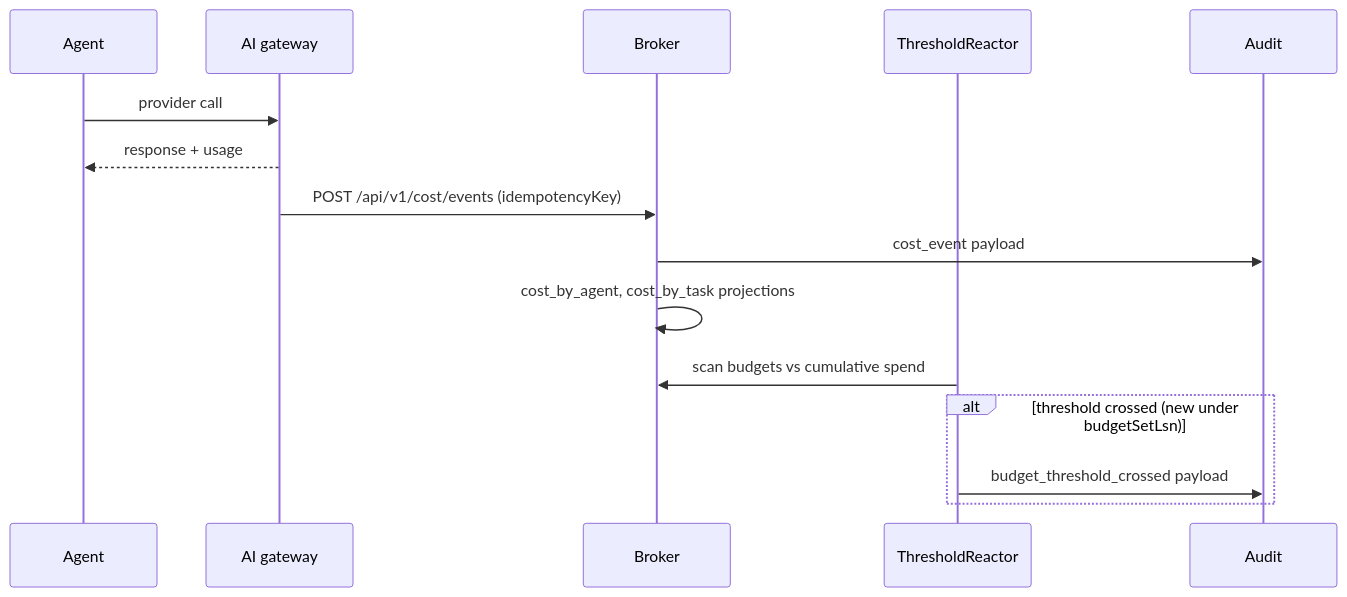
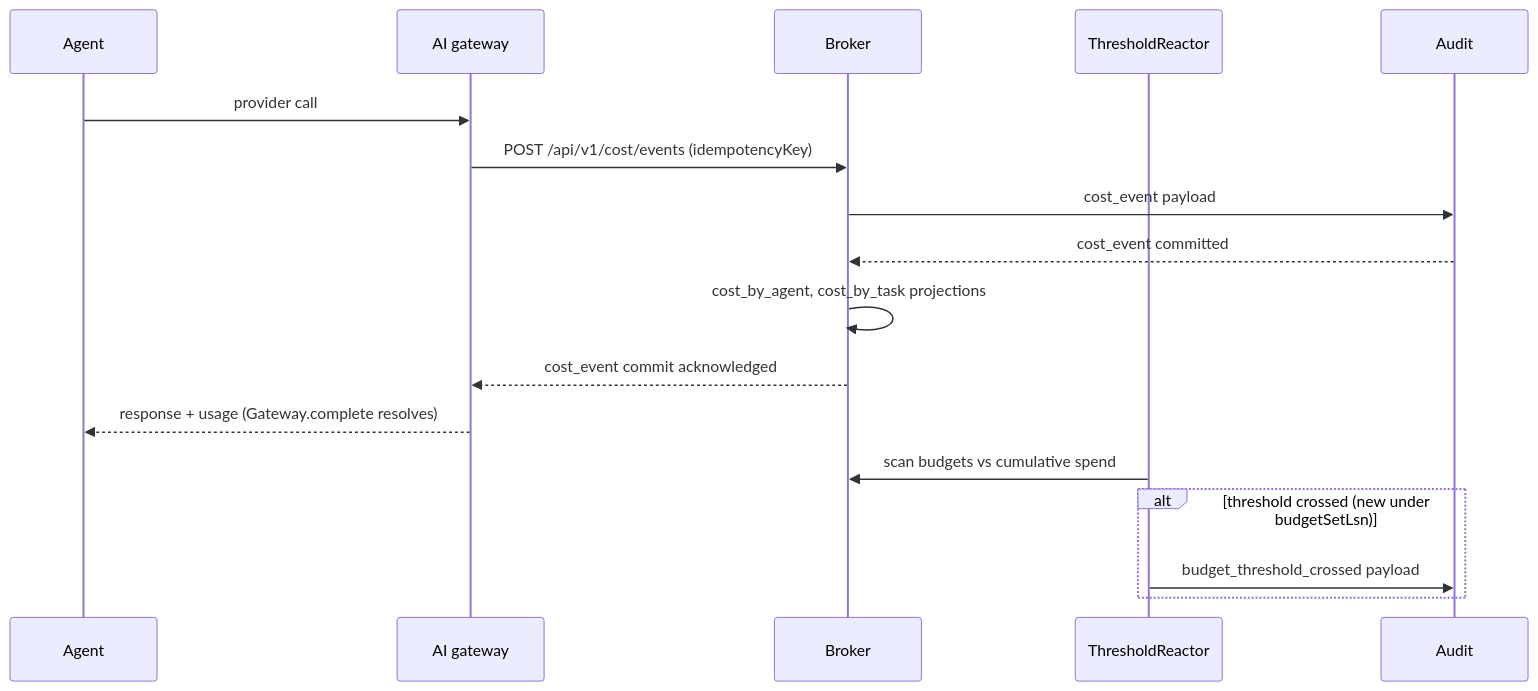
Before and after one commit to nex-crm/wuphf: the first of 3 diagrams in packages/protocol/docs/modules/cost.md, drawn with Mermaid. The commit also changed other lines of this file and 9 other files, not shown here.

````diff
--- a/packages/protocol/docs/modules/cost.md
+++ b/packages/protocol/docs/modules/cost.md
@@ -116,17 +140,19 @@
 ```mermaid
 sequenceDiagram
   participant Agent
   participant Gateway as AI gateway
   participant Broker
   participant Reactor as ThresholdReactor
   participant Audit
   Agent->>Gateway: provider call
-  Gateway-->>Agent: response + usage
   Gateway->>Broker: POST /api/v1/cost/events (idempotencyKey)
   Broker->>Audit: cost_event payload
+  Audit-->>Broker: cost_event committed
   Broker->>Broker: cost_by_agent, cost_by_task projections
+  Broker-->>Gateway: cost_event commit acknowledged
+  Gateway-->>Agent: response + usage (Gateway.complete resolves)
   Reactor->>Broker: scan budgets vs cumulative spend
   alt threshold crossed (new under budgetSetLsn)
     Reactor->>Audit: budget_threshold_crossed payload
   end
 ```
````
